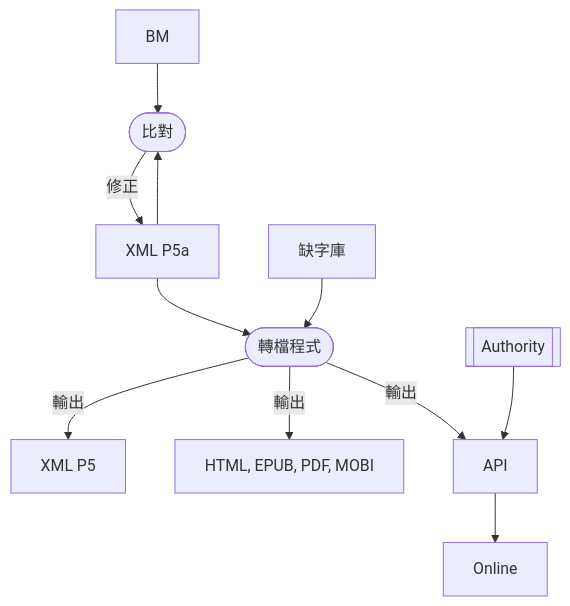
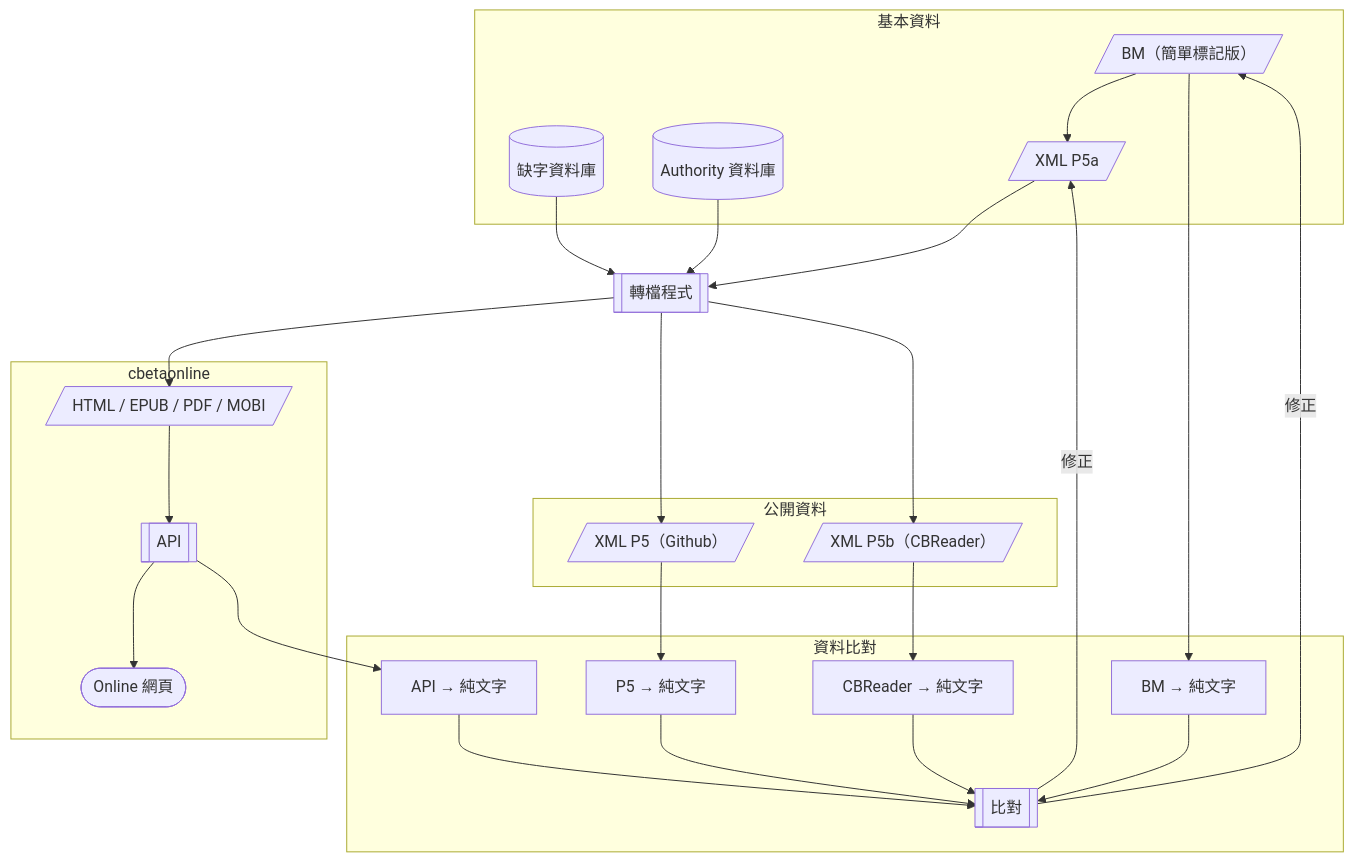
The diagram in README.md (DILA-edu/cbeta-documentation), drawn with Mermaid before and after one commit.

````diff
--- a/README.md
+++ b/README.md
@@ -10,12 +10,51 @@
 ```mermaid
 flowchart TD
-    BM["BM"] --> Compare([比對]) -- 修正 --> XMLP5a["XML P5a"]
-    XMLP5a --> Compare
-    XMLP5a --> Transform([轉檔程式])
-    Missing["缺字庫"] --> Transform
-    Transform -- 輸出 --> XMLP5["XML P5"]
-    Transform -- 輸出 --> Output["HTML, EPUB, PDF, MOBI"]
-    Transform -- 輸出 --> API["API"]
-    Authority[["Authority"]] --> API
-    API --> Online["Online"]
+
+  subgraph 基本資料
+    BM[/"BM（簡單標記版）"/]
+    Missing[("缺字資料庫")]
+    Authority[("Authority 資料庫")]
+    XMLP5a[/"XML P5a"/]
+  end
+
+  Transform[["轉檔程式"]]
+
+  subgraph 公開資料
+    XMLP5[/"XML P5（Github）"/]
+    XMLP5b[/"XML P5b（CBReader）"/]
+  end
+
+  subgraph 資料比對
+    APIText["API → 純文字"]
+    BMText["BM → 純文字"]
+    P5Text["P5 → 純文字"]
+    CBRText["CBReader → 純文字"]
+    Compare[["比對"]]
+  end
+
+  subgraph cbetaonline
+    Output[/"HTML / EPUB / PDF / MOBI"/]
+    API[["API"]]
+    Online(["Online 網頁"])
+  end
+
+
+  %% === 資料流程 ===
+  BM --> XMLP5a
+  BM --> BMText --> Compare
+  XMLP5 --> P5Text --> Compare
+  Compare -- 修正 --> BM
+  Compare -- 修正 --> XMLP5a
+
+  XMLP5a --> Transform
+  Missing --> Transform
+  Authority --> Transform
+
+  Transform --> Output
+  Transform --> XMLP5
+  Transform --> XMLP5b
+
+  XMLP5b --> CBRText --> Compare
+  Output --> API --> Online
+  API --> APIText --> Compare
 ```
````
